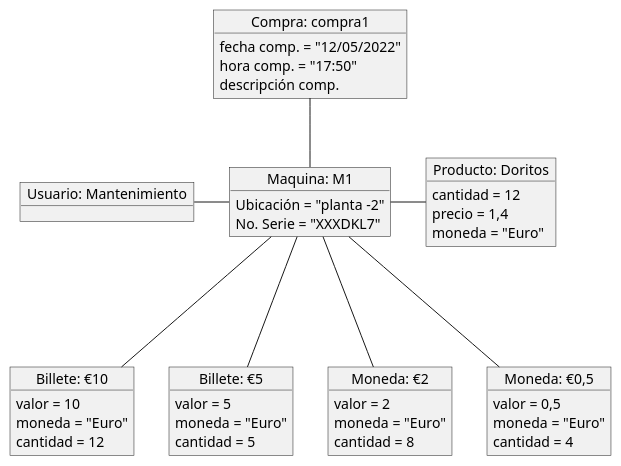
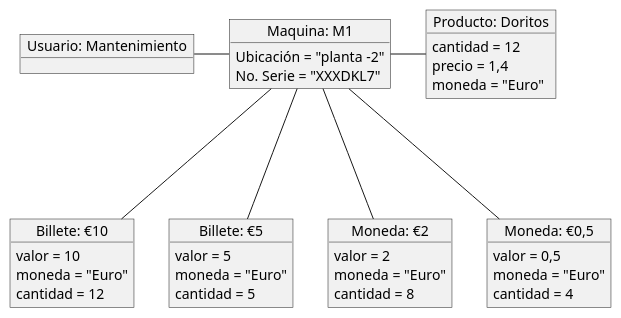
Before and after one commit to mmasias/IdSw2-22-23: the diagram in Grupo2/diagrama-de-objetos/objetos.plantuml, drawn with PlantUML.

```diff
--- a/Grupo2/diagrama-de-objetos/objetos.plantuml
+++ b/Grupo2/diagrama-de-objetos/objetos.plantuml
@@ -1,55 +1,48 @@
 @startuml objetos
 object "Maquina: M1" as maq1{
 Ubicación = "planta -2"
 No. Serie = "XXXDKL7"
-}
-
-object "Compra: compra1" as comp1{
-fecha comp. = "12/05/2022"
-hora comp. = "17:50"
-descripción comp. 
 }
 
 object "Usuario: Mantenimiento" as man1{
 }
 
 object "Billete: €10" as b10{
 valor = 10
 moneda = "Euro"
 cantidad = 12
 }
 
 object "Billete: €5" as b5{
 valor = 5
 moneda = "Euro"
 cantidad = 5
 }
 
 object "Moneda: €2" as m2{
 valor = 2
 moneda = "Euro"
 cantidad = 8
 }
 
 object "Moneda: €0,5" as m05{
 valor = 0,5
 moneda = "Euro"
 cantidad = 4
 }
 
 object "Producto: Doritos" as pro1{
 cantidad = 12
 precio = 1,4
 moneda = "Euro"
 }
 
-maq1 --u comp1
 maq1 --l man1 
 
 maq1 --r pro1
 
 maq1 --- b10
 maq1 --- b5
 maq1 --- m2
 maq1 --- m05
 @enduml
```
